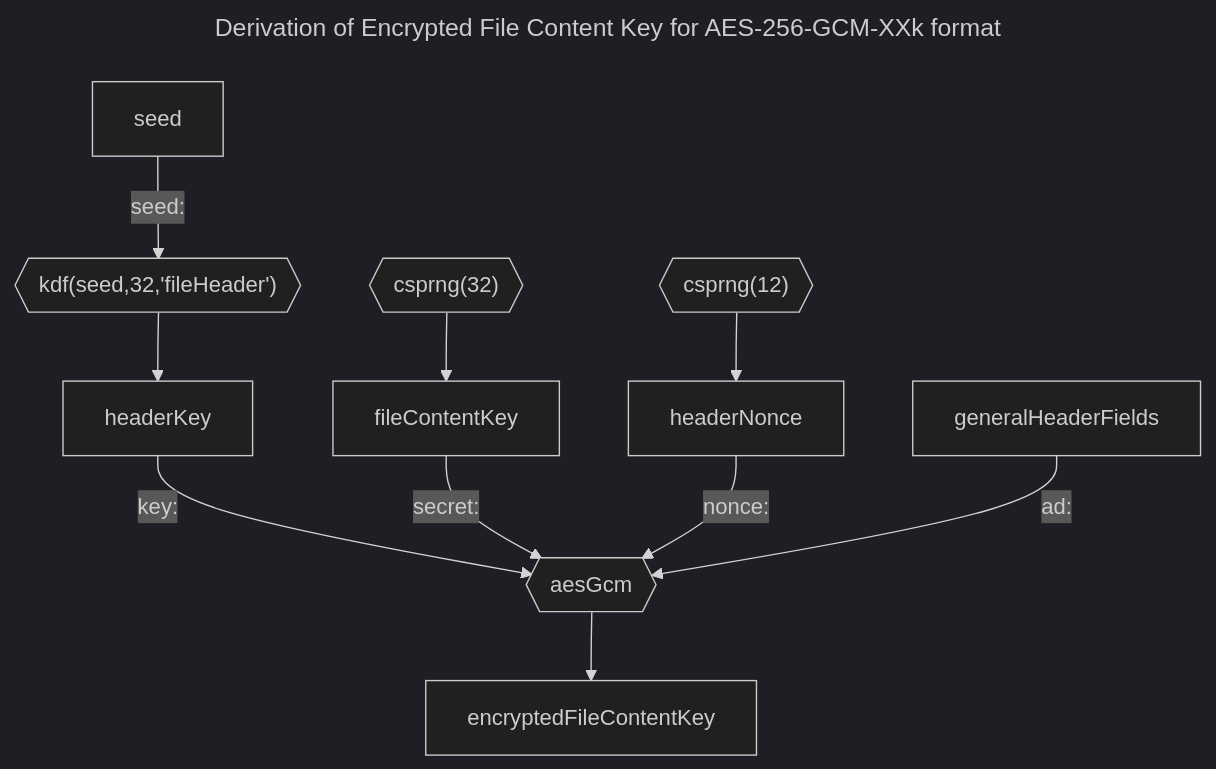
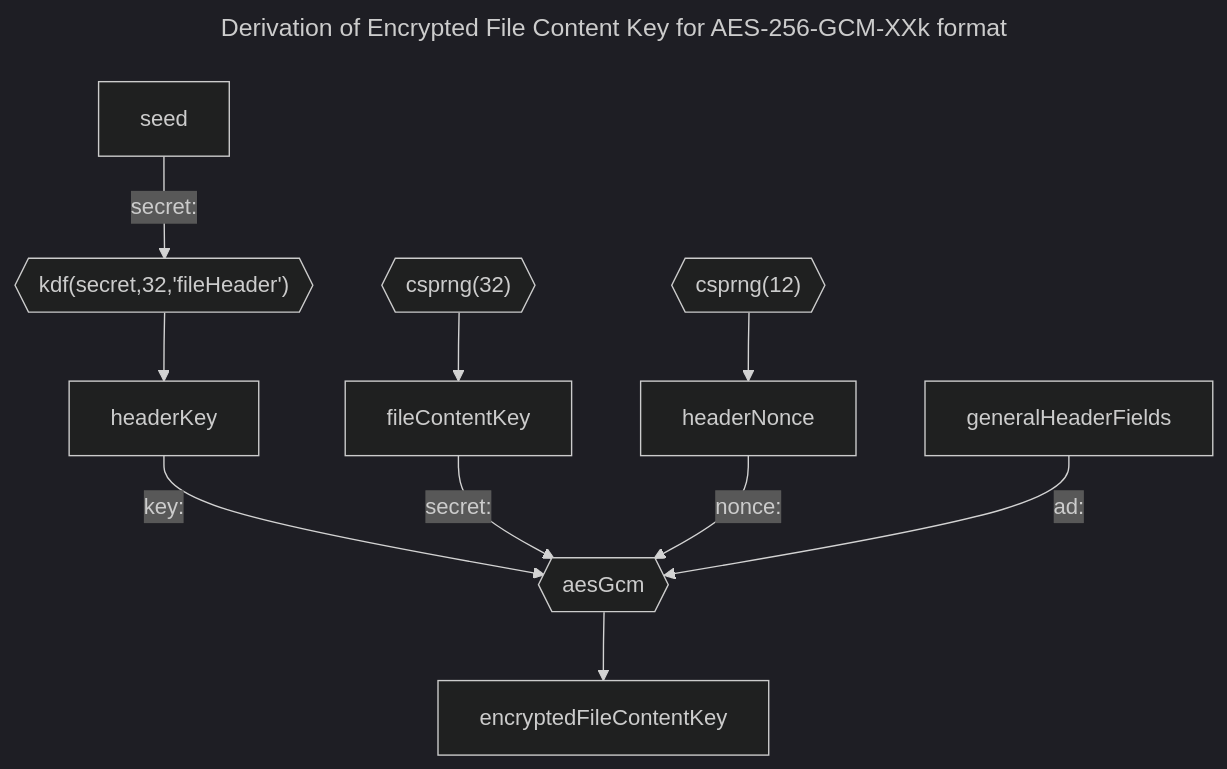
One commit to encryption-alliance/unified-vault-format changed the first of 2 diagrams in file content encryption/AES-256-GCM.md. Above: the diagram before and after it, drawn with Mermaid (dark theme). The commit also changed 1 other file, not shown here.

Commit message:
Revert naming first argument of kdf seed instead of secret.

````diff
--- a/file content encryption/AES-256-GCM.md
+++ b/file content encryption/AES-256-GCM.md
@@ -21,19 +21,19 @@
 ```mermaid
 ---
 title: Derivation of Encrypted File Content Key for AES-256-GCM-XXk format
 ---
 flowchart TD
-    seed -->|seed:| kdf0
-    kdf0{{"kdf(seed,32,'fileHeader')"}}
+    seed -->|secret:| kdf0
+    kdf0{{"kdf(secret,32,'fileHeader')"}}
     kdf0 --> headerKey
     headerKey -->|key:| aesGcm
     aesGcm{{aesGcm}}
     aesGcm --> encryptedFileContentKey
     csprng32{{"csprng(32)"}}
     csprng32 --> fileContentKey
     fileContentKey -->|secret:| aesGcm
     csprng12{{"csprng(12)"}}
     csprng12 --> headerNonce
     headerNonce -->|nonce:| aesGcm
     generalHeaderFields -->|ad:| aesGcm
 ```
````
